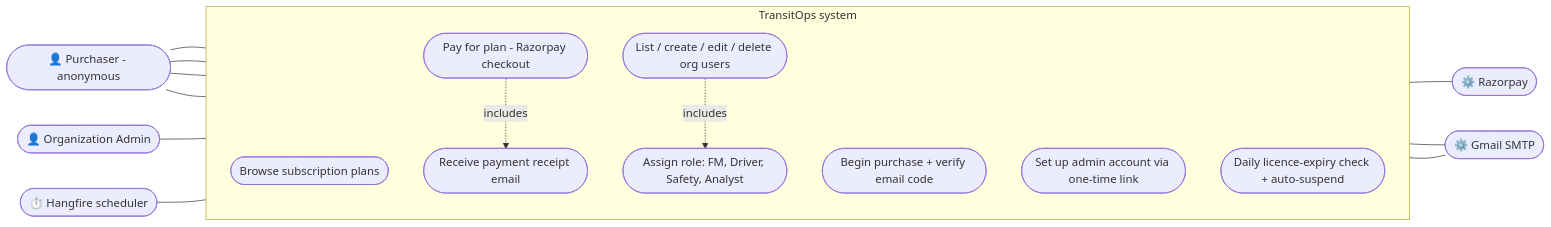
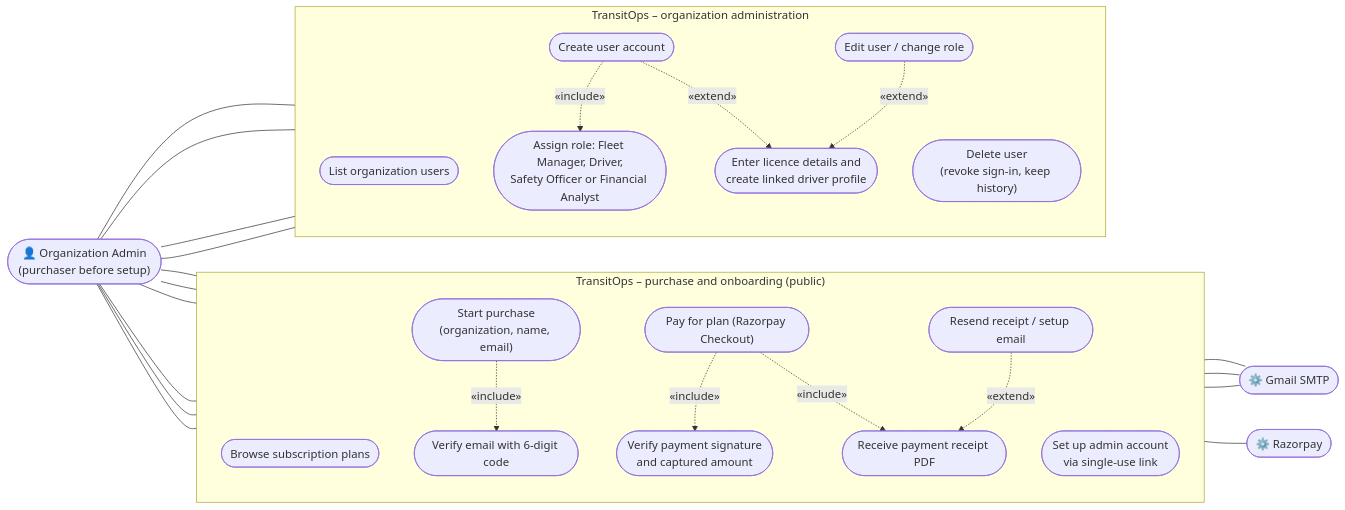
One commit to JustForAI126/TransitOps-NET changed the sixth of 6 diagrams in docs/uml/01-use-case.md. Above: the diagram before and after it, drawn with Mermaid. The commit also changed other lines of this file and 1 other file, not shown here.

First line of the commit message:
Split use case diagrams into one per actor

````diff
--- a/docs/uml/01-use-case.md
+++ b/docs/uml/01-use-case.md
@@ -51,29 +167,42 @@
 ```mermaid
 flowchart LR
-    BUY(["👤 Purchaser - anonymous"])
-    OA(["👤 Organization Admin"])
+    OA(["👤 Organization Admin<br/>(purchaser before setup)"])
     RZP(["⚙️ Razorpay"])
     SMTP(["⚙️ Gmail SMTP"])
-    HF(["⏱️ Hangfire scheduler"])
 
-    subgraph SYS["TransitOps system"]
+    subgraph BUY["TransitOps – purchase and onboarding (public)"]
         direction TB
         P1(["Browse subscription plans"])
-        P2(["Begin purchase + verify email code"])
-        P3(["Pay for plan - Razorpay checkout"])
-        P4(["Receive payment receipt email"])
-        P5(["Set up admin account via one-time link"])
-        A1(["List / create / edit / delete org users"])
-        A2(["Assign role: FM, Driver, Safety, Analyst"])
-        J1(["Daily licence-expiry check + auto-suspend"])
+        P2(["Start purchase<br/>(organization, name, email)"])
+        P3(["Verify email with 6-digit code"])
+        P4(["Pay for plan (Razorpay Checkout)"])
+        P4a(["Verify payment signature<br/>and captured amount"])
+        P5(["Receive payment receipt PDF"])
+        P6(["Set up admin account<br/>via single-use link"])
+        P7(["Resend receipt / setup email"])
     end
 
-    BUY --- P1 & P2 & P3 & P5
-    P3 --- RZP
-    P2 --- SMTP
-    P4 --- SMTP
-    P3 -. "includes" .-> P4
-    OA --- A1
-    A1 -. "includes" .-> A2
-    HF --- J1
+    subgraph ADMIN["TransitOps – organization administration"]
+        direction TB
+        O1(["List organization users"])
+        O2(["Create user account"])
+        O2a(["Assign role: Fleet Manager, Driver,<br/>Safety Officer or Financial Analyst"])
+        O2b(["Enter licence details and<br/>create linked driver profile"])
+        O3(["Edit user / change role"])
+        O4(["Delete user<br/>(revoke sign-in, keep history)"])
+    end
+
+    OA --- P1 & P2 & P3 & P4 & P6 & P7
+    OA --- O1 & O2 & O3 & O4
+    P2 -. "«include»" .-> P3
+    P4 -. "«include»" .-> P4a
+    P4 -. "«include»" .-> P5
+    P7 -. "«extend»" .-> P5
+    O2 -. "«include»" .-> O2a
+    O2 -. "«extend»" .-> O2b
+    O3 -. "«extend»" .-> O2b
+    P3 --- SMTP
+    P5 --- SMTP
+    P6 --- SMTP
+    P4 --- RZP
 ```
````
